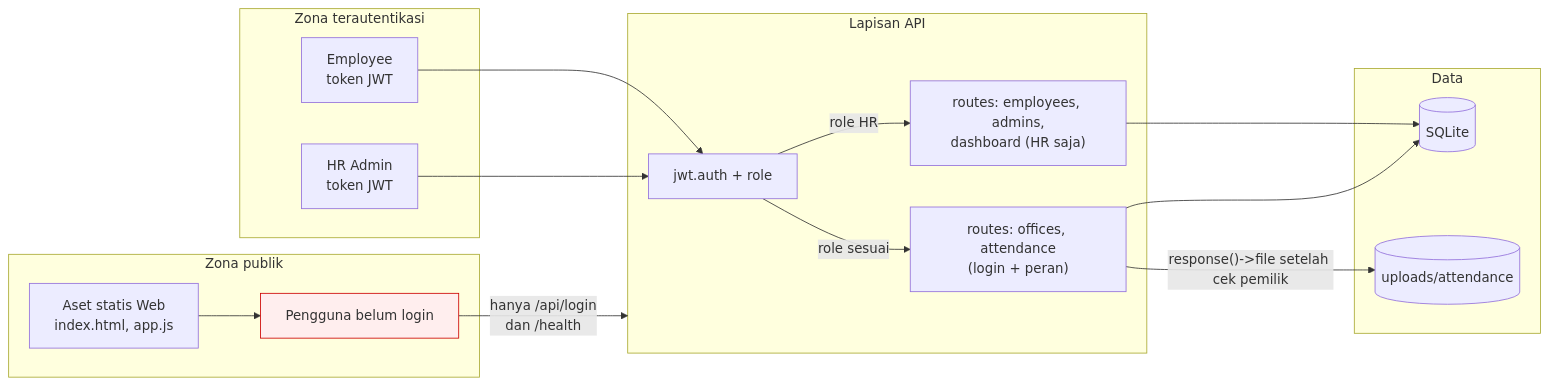
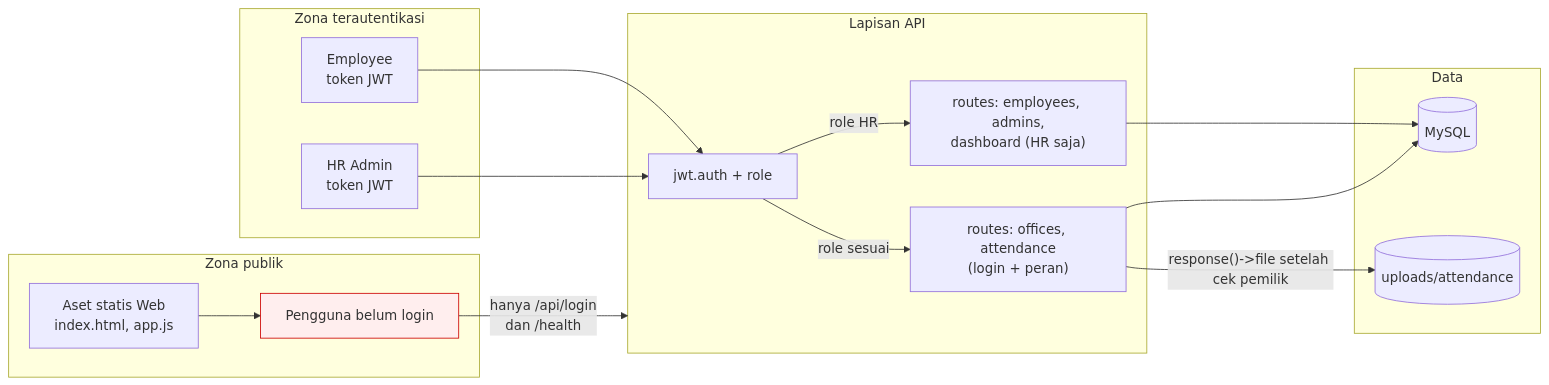
Before and after one commit to faizmarwan2/Project1: the diagram in docs/project-a/16-Security-Test-Checklist.md, drawn with Mermaid. The commit also changed other lines of this file and 20 other files, not shown here.

````diff
--- a/docs/project-a/16-Security-Test-Checklist.md
+++ b/docs/project-a/16-Security-Test-Checklist.md
@@ -33,36 +33,36 @@
 ```mermaid
 flowchart LR
     subgraph PUB["Zona publik"]
         ANON["Pengguna belum login"]
         WEB["Aset statis Web<br/>index.html, app.js"]
     end
 
     subgraph AUTH["Zona terautentikasi"]
         EMP["Employee<br/>token JWT"]
         HR["HR Admin<br/>token JWT"]
     end
 
     subgraph API["Lapisan API"]
         MW["jwt.auth + role"]
         R1["routes: employees, admins,<br/>dashboard (HR saja)"]
         R2["routes: offices, attendance<br/>(login + peran)"]
     end
 
     subgraph DATA["Data"]
-        DB[("SQLite")]
+        DB[("MySQL")]
         FS[("uploads/attendance")]
     end
 
     ANON -->|"hanya /api/login<br/>dan /health"| API
     WEB --> ANON
     EMP --> MW
     HR --> MW
     MW -->|"role HR"| R1
     MW -->|"role sesuai"| R2
     R1 --> DB
     R2 --> DB
     R2 -->|"response()->file setelah cek pemilik"| FS
 
     classDef danger fill:#fee,stroke:#c00
     class ANON danger
 ```
````
